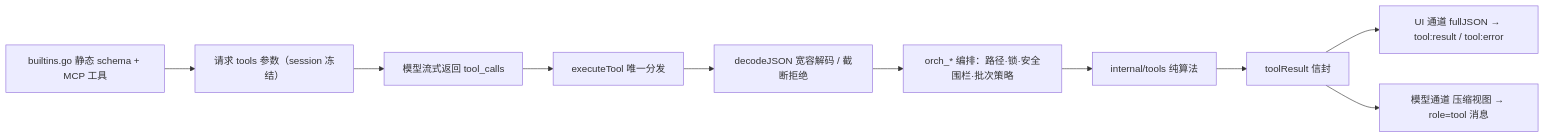
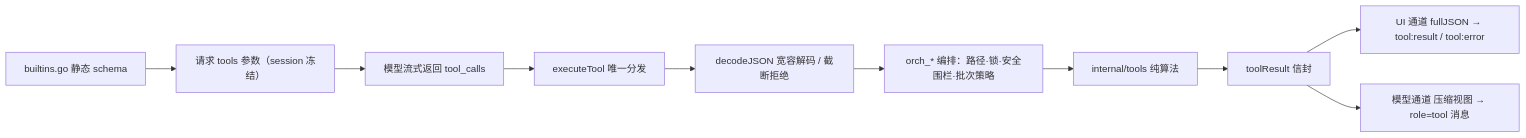
The diagram in docs/agent-tools.md (Bronya0/ally-agent), drawn with Mermaid before and after one commit. The commit also changed other lines of this file and 74 other files, not shown here.

````diff
--- a/docs/agent-tools.md
+++ b/docs/agent-tools.md
@@ -9,12 +9,12 @@
 ```mermaid
 flowchart LR
-  A["builtins.go 静态 schema + MCP 工具"]:::core --> B["请求 tools 参数（session 冻结）"]:::core
+  A["builtins.go 静态 schema"]:::core --> B["请求 tools 参数（session 冻结）"]:::core
   B --> C["模型流式返回 tool_calls"]:::llm
   C --> D["executeTool 唯一分发"]:::exec
   D --> E["decodeJSON 宽容解码 / 截断拒绝"]:::core
   E --> F["orch_* 编排：路径·锁·安全围栏·批次策略"]:::risk
   F --> G["internal/tools 纯算法"]:::exec
   G --> H["toolResult 信封"]:::core
   H --> I["UI 通道 fullJSON → tool:result / tool:error"]:::ev
   H --> J["模型通道 压缩视图 → role=tool 消息"]:::core
 ```
````
